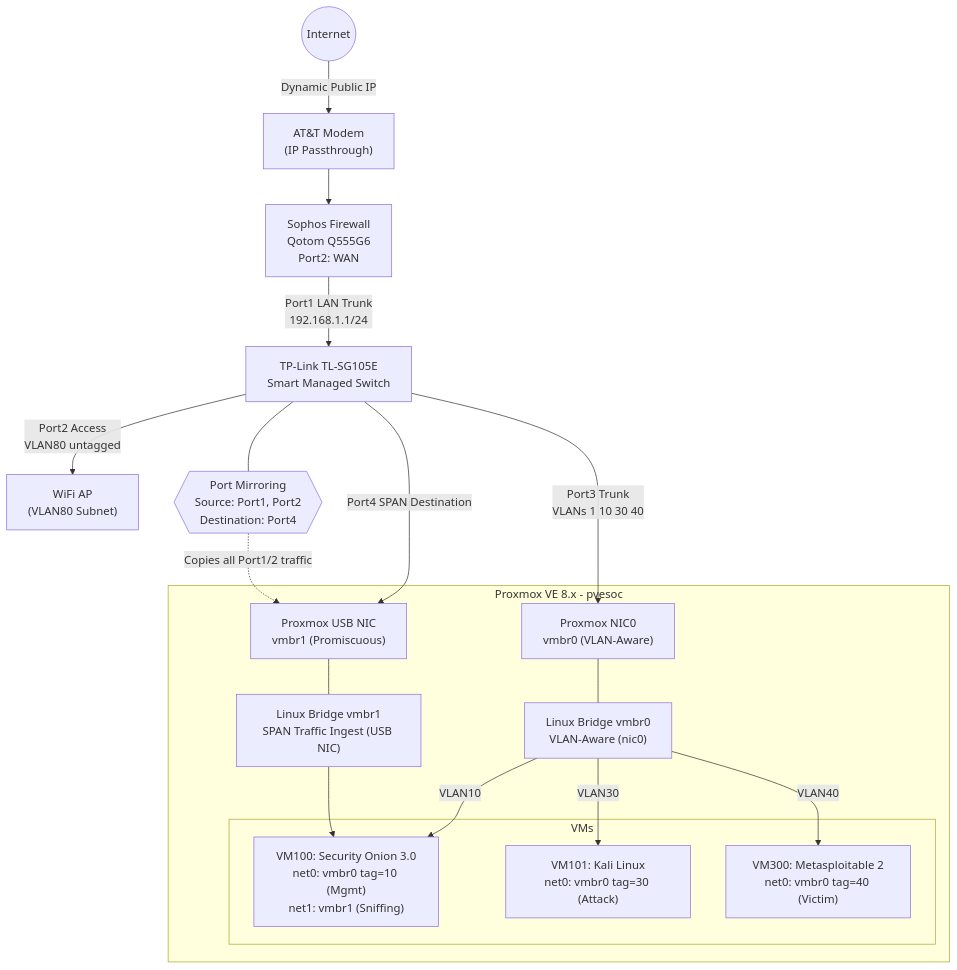
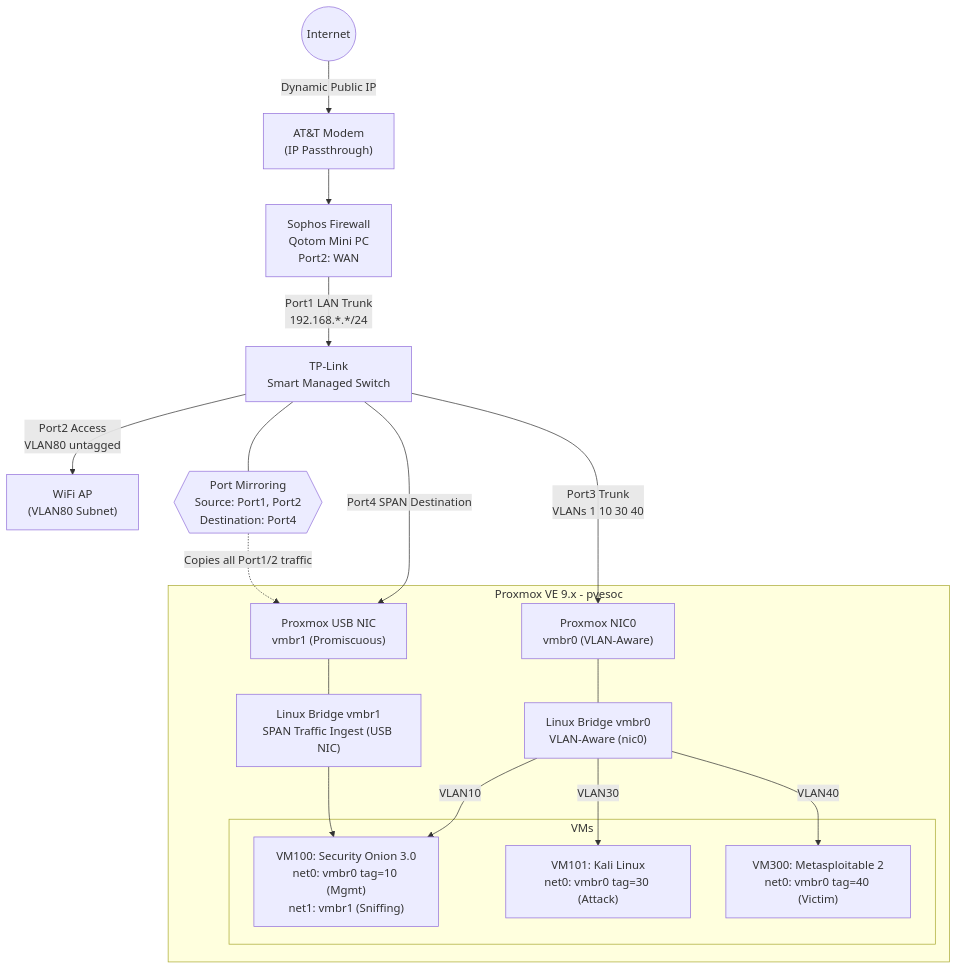
Before and after one commit to Richkpa/proxmox-security-operations-lab: the diagram in README.md, drawn with Mermaid. The commit also changed other lines of this file, not shown here.

````diff
--- a/README.md
+++ b/README.md
@@ -31,30 +31,30 @@
 ```mermaid
 graph TD
     Internet((Internet)) -->|Dynamic Public IP| ATTModem["AT&T Modem<br/>(IP Passthrough)"]
-    ATTModem --> SophosFW["Sophos Firewall<br/>Qotom Q555G6<br/>Port2: WAN"]
-    SophosFW -->|Port1 LAN Trunk<br/>192.168.1.1/24| Switch["TP-Link TL-SG105E<br/>Smart Managed Switch"]
+    ATTModem --> SophosFW["Sophos Firewall<br/>Qotom Mini PC<br/>Port2: WAN"]
+    SophosFW -->|Port1 LAN Trunk<br/>192.168.*.*/24| Switch["TP-Link<br/>Smart Managed Switch"]
     Switch -->|Port2 Access<br/>VLAN80 untagged| AP["WiFi AP<br/>(VLAN80 Subnet)"]
     Switch -->|Port3 Trunk<br/>VLANs 1 10 30 40| ProxNIC0["Proxmox NIC0<br/>vmbr0 (VLAN-Aware)"]
     Switch -->|Port4 SPAN Destination| ProxNIC1["Proxmox USB NIC<br/>vmbr1 (Promiscuous)"]
     
-    subgraph Proxmox_VE [Proxmox VE 8.x - pvesoc]
+    subgraph Proxmox_VE [Proxmox VE 9.x - pvesoc]
         vmbr0["Linux Bridge vmbr0<br/>VLAN-Aware (nic0)"]
         vmbr1["Linux Bridge vmbr1<br/>SPAN Traffic Ingest (USB NIC)"]
         ProxNIC0 --- vmbr0
         ProxNIC1 --- vmbr1
         
         subgraph VMs
             SO["VM100: Security Onion 3.0<br/>net0: vmbr0 tag=10 (Mgmt)<br/>net1: vmbr1 (Sniffing)"]
             Kali["VM101: Kali Linux<br/>net0: vmbr0 tag=30 (Attack)"]
             Meta["VM300: Metasploitable 2<br/>net0: vmbr0 tag=40 (Victim)"]
         end
         
         vmbr0 -->|VLAN10| SO
         vmbr0 -->|VLAN30| Kali
         vmbr0 -->|VLAN40| Meta
         vmbr1 --> SO
     end
 
     Switch --- SPANLogic{{"Port Mirroring<br/>Source: Port1, Port2<br/>Destination: Port4"}}
     SPANLogic -.->|Copies all Port1/2 traffic| ProxNIC1
 ```
````
